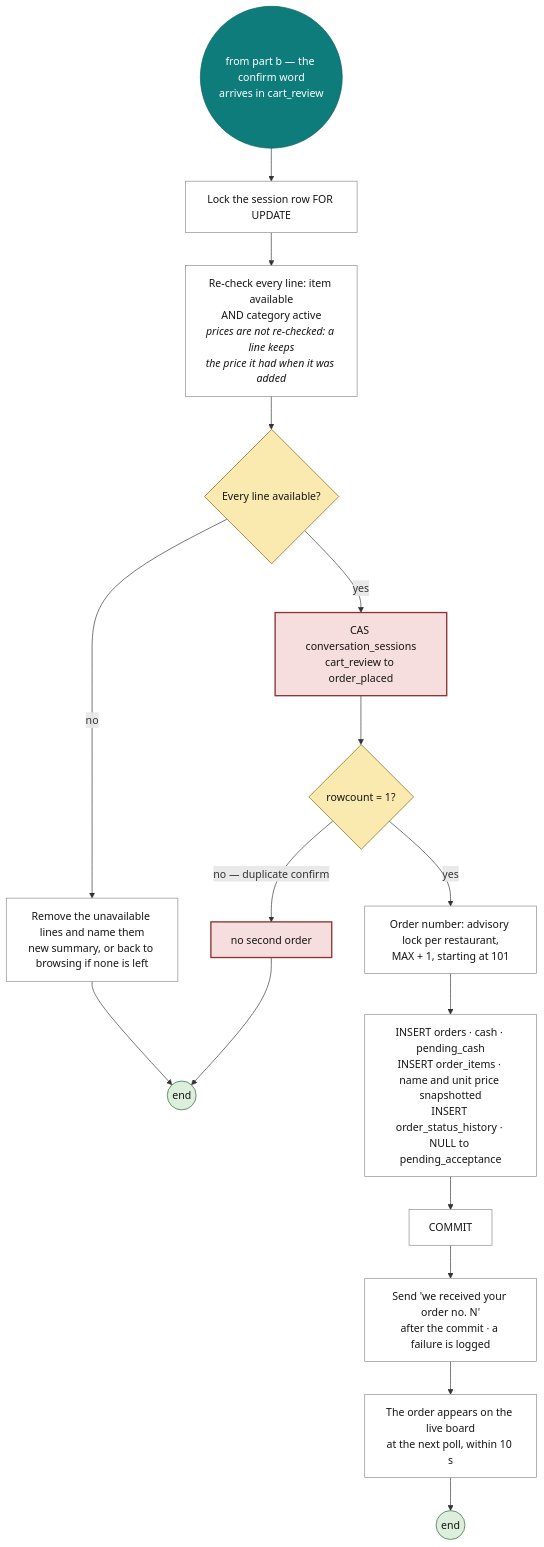
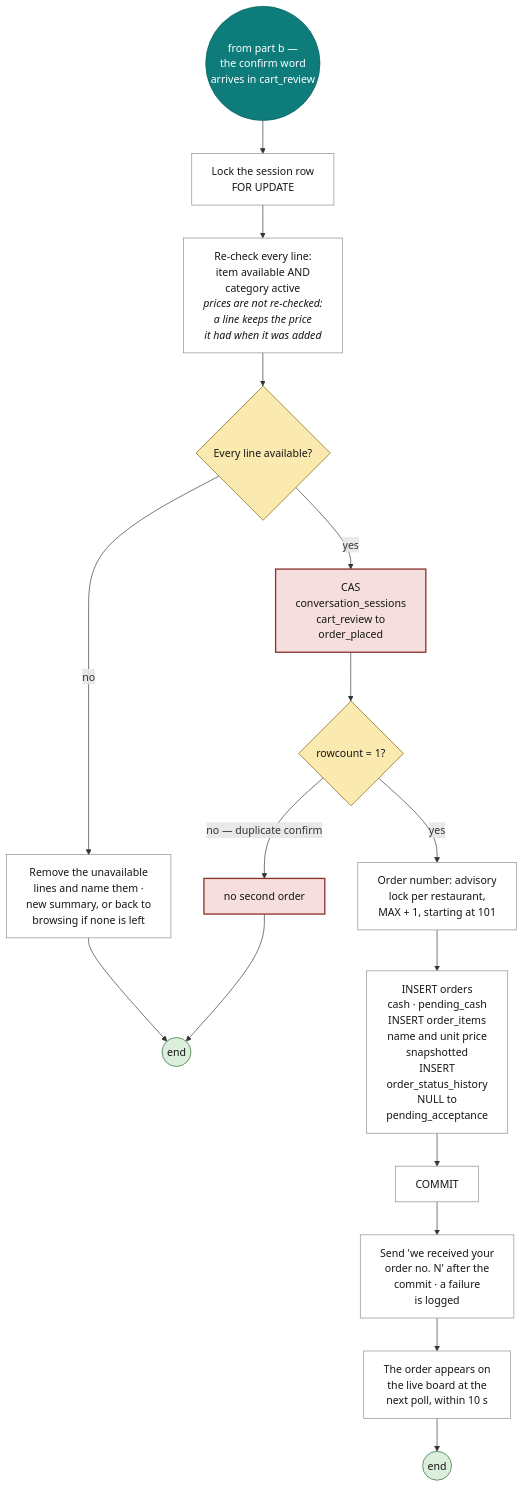
Before and after one commit to mozz-labs/sufria: the diagram in docs/diagrams/09c-activity-cash-commit.mmd, drawn with Mermaid. The commit also changed 37 other files, not shown here.

First line of the commit message:
docs(wip): Chapter 3 v1.2 diagrams — all rendered, FR-08, FR-28 and menu as built

```diff
--- a/docs/diagrams/09c-activity-cash-commit.mmd
+++ b/docs/diagrams/09c-activity-cash-commit.mmd
@@ -1,20 +1,20 @@
 flowchart TB
     classDef start fill:#0E7C7B,stroke:#0A5F5E,color:#FFFFFF
     classDef act fill:#FFFFFF,stroke:#8A8A85,color:#161615
     classDef dec fill:#FBEAB0,stroke:#7A5C06,color:#161615
     classDef crit fill:#F5DEDD,stroke:#8A332F,stroke-width:2px,color:#161615
     classDef fin fill:#DCEEDC,stroke:#24632F,color:#161615
 
-    S(("from part b — the confirm word<br/>arrives in cart_review")):::start --> A10["Lock the session row FOR UPDATE"]:::act
-    A10 --> A11["Re-check every line: item available<br/>AND category active<br/><i>prices are not re-checked: a line keeps<br/>the price it had when it was added</i>"]:::act
+    S(("from part b —<br/>the confirm word<br/>arrives in cart_review")):::start --> A10["Lock the session row<br/>FOR UPDATE"]:::act
+    A10 --> A11["Re-check every line:<br/>item available AND<br/>category active<br/><i>prices are not re-checked:<br/>a line keeps the price<br/>it had when it was added</i>"]:::act
     A11 --> D4{"Every line available?"}:::dec
-    D4 -- no --> E4["Remove the unavailable lines and name them<br/>new summary, or back to browsing if none is left"]:::act --> F1(("end")):::fin
-    D4 -- yes --> A12["CAS conversation_sessions<br/>cart_review to order_placed"]:::crit
+    D4 -- no --> E4["Remove the unavailable<br/>lines and name them ·<br/>new summary, or back to<br/>browsing if none is left"]:::act --> F1(("end")):::fin
+    D4 -- yes --> A12["CAS<br/>conversation_sessions<br/>cart_review to<br/>order_placed"]:::crit
     A12 --> D5{"rowcount = 1?"}:::dec
     D5 -- "no — duplicate confirm" --> E5["no second order"]:::crit --> F1
-    D5 -- yes --> A13["Order number: advisory lock per restaurant,<br/>MAX + 1, starting at 101"]:::act
-    A13 --> A14["INSERT orders · cash · pending_cash<br/>INSERT order_items · name and unit price snapshotted<br/>INSERT order_status_history · NULL to pending_acceptance"]:::act
+    D5 -- yes --> A13["Order number: advisory<br/>lock per restaurant,<br/>MAX + 1, starting at 101"]:::act
+    A13 --> A14["INSERT orders<br/>cash · pending_cash<br/>INSERT order_items<br/>name and unit price<br/>snapshotted<br/>INSERT<br/>order_status_history<br/>NULL to<br/>pending_acceptance"]:::act
     A14 --> A15["COMMIT"]:::act
-    A15 --> A16["Send 'we received your order no. N'<br/>after the commit · a failure is logged"]:::act
-    A16 --> A17["The order appears on the live board<br/>at the next poll, within 10 s"]:::act
+    A15 --> A16["Send 'we received your<br/>order no. N' after the<br/>commit · a failure<br/>is logged"]:::act
+    A16 --> A17["The order appears on<br/>the live board at the<br/>next poll, within 10 s"]:::act
     A17 --> F2(("end")):::fin
```
